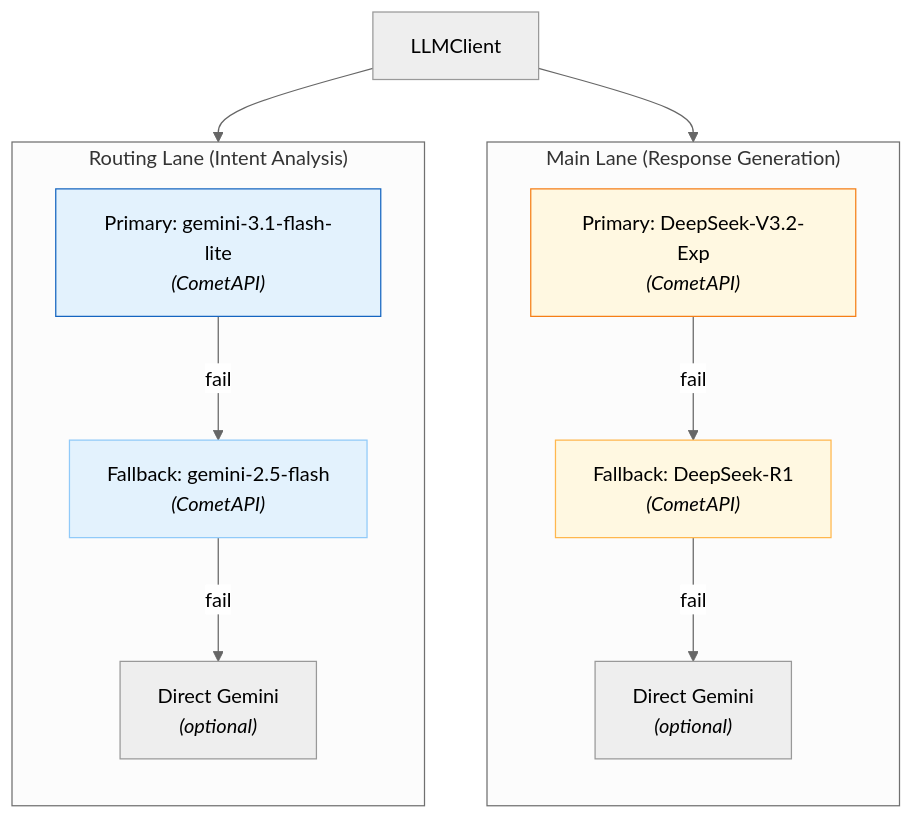
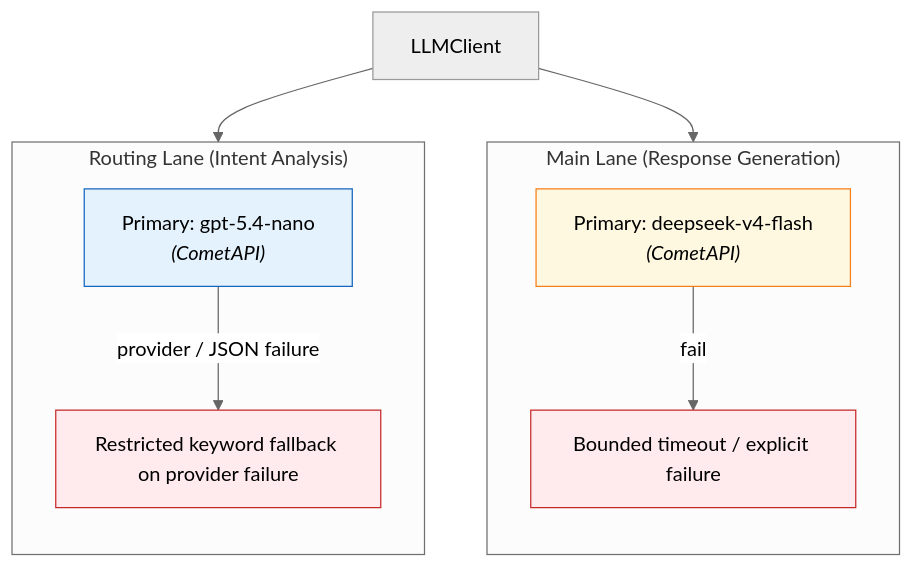
The third of 15 diagrams in docs/ARCHITECTURE.en.md (kim0040/masamong), drawn with Mermaid (neutral theme) before and after one commit. The commit also changed other lines of this file and 30 other files, not shown here.

````diff
--- a/docs/ARCHITECTURE.en.md
+++ b/docs/ARCHITECTURE.en.md
@@ -98,28 +98,24 @@
 ```mermaid
 flowchart TB
     subgraph Routing["Routing Lane (Intent Analysis)"]
         direction TB
-        RP1["Primary: gemini-3.1-flash-lite<br/><i>(CometAPI)</i>"]
-        RF1["Fallback: gemini-2.5-flash<br/><i>(CometAPI)</i>"]
-        RD1["Direct Gemini<br/><i>(optional)</i>"]
-        RP1 -->|"fail"| RF1
-        RF1 -->|"fail"| RD1
+        RP1["Primary: gpt-5.4-nano<br/><i>(CometAPI)</i>"]
+        RE["Restricted keyword fallback on provider failure"]
+        RP1 -->|"provider / JSON failure"| RE
     end
 
     subgraph Main["Main Lane (Response Generation)"]
         direction TB
-        MP1["Primary: DeepSeek-V3.2-Exp<br/><i>(CometAPI)</i>"]
-        MF1["Fallback: DeepSeek-R1<br/><i>(CometAPI)</i>"]
-        MD1["Direct Gemini<br/><i>(optional)</i>"]
-        MP1 -->|"fail"| MF1
-        MF1 -->|"fail"| MD1
+        MP1["Primary: deepseek-v4-flash<br/><i>(CometAPI)</i>"]
+        ME["Bounded timeout / explicit failure"]
+        MP1 -->|"fail"| ME
     end
 
     Caller["LLMClient"] --> Routing
     Caller --> Main
 
     style RP1 fill:#e3f2fd,stroke:#1565c0
     style MP1 fill:#fff8e1,stroke:#f57f17
-    style RF1 fill:#e3f2fd,stroke:#90caf9
-    style MF1 fill:#fff8e1,stroke:#ffb74d
+    style RE fill:#ffebee,stroke:#c62828
+    style ME fill:#ffebee,stroke:#c62828
 ```
````
